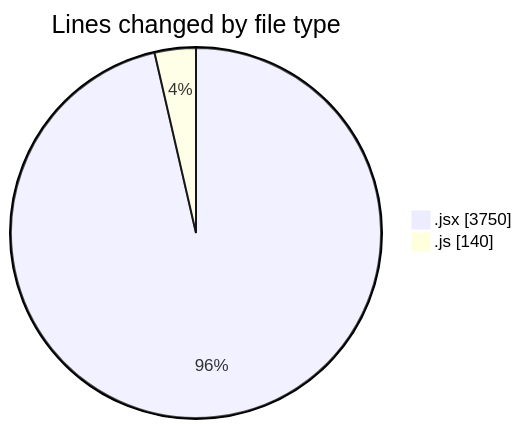
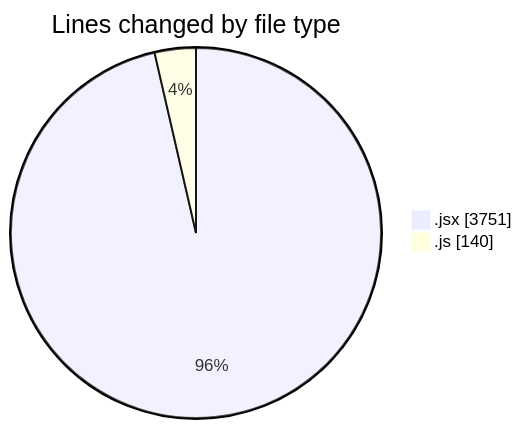
The first of 2 diagrams in 2025-08-01/nxtqube_webapp/README.md (nxtqubesakshisongat/code-tracking), drawn with Mermaid before and after one commit. The commit also changed other lines of this file and 1 other file, not shown here.

````diff
--- a/2025-08-01/nxtqube_webapp/README.md
+++ b/2025-08-01/nxtqube_webapp/README.md
@@ -30,6 +30,6 @@
 ```mermaid
 pie showData
 title Lines changed by file type
-".jsx" : 3750
+".jsx" : 3751
 ".js" : 140
 ```
````
